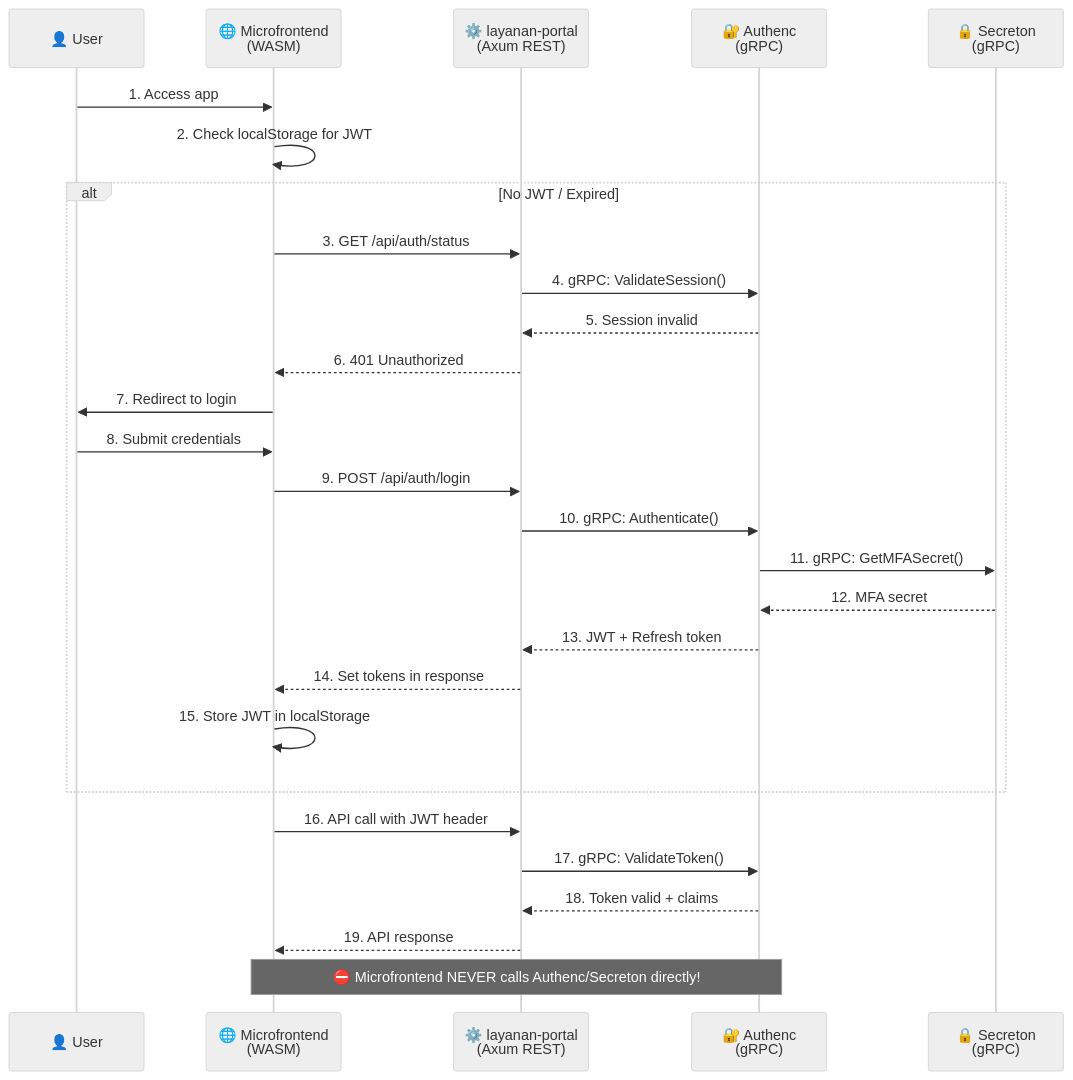
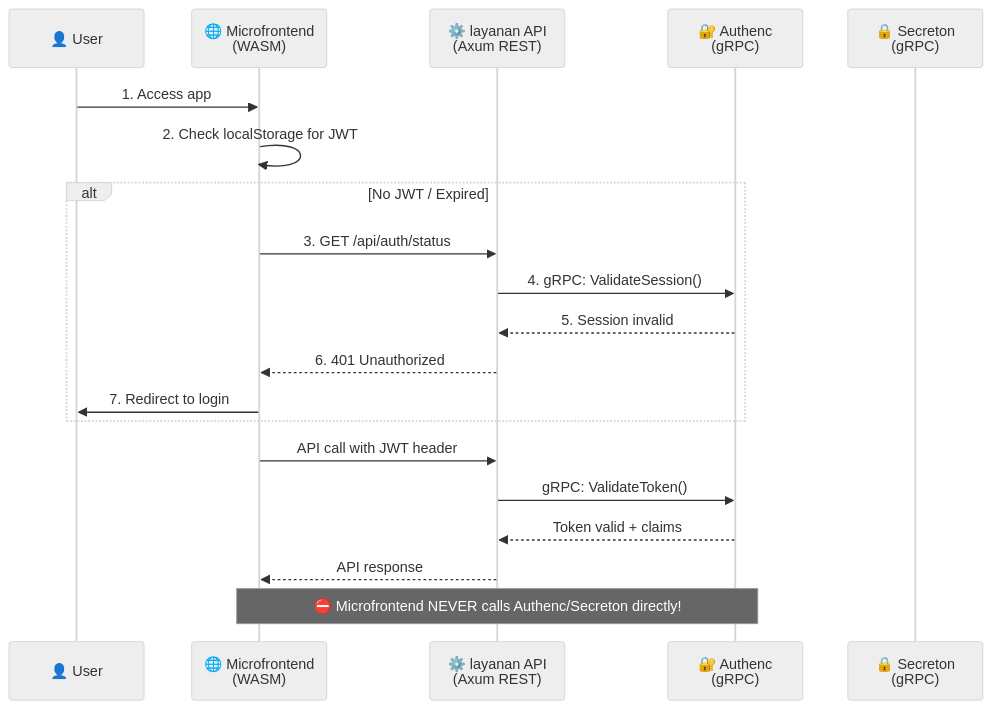
Before and after one commit to analisaperlengkapan/simpel2: the third of 3 diagrams in AGENTS.md, drawn with Mermaid (neutral theme). The commit also changed other lines of this file and 390 other files, not shown here.

````diff
--- a/AGENTS.md
+++ b/AGENTS.md
@@ -469,35 +347,26 @@
 ```mermaid
 sequenceDiagram
     participant User as 👤 User
     participant MF as 🌐 Microfrontend<br/>(WASM)
-    participant Portal as ⚙️ layanan-portal<br/>(Axum REST)
+    participant API as ⚙️ layanan API<br/>(Axum REST)
     participant Auth as 🔐 Authenc<br/>(gRPC)
     participant Sec as 🔒 Secreton<br/>(gRPC)
 
     User->>MF: 1. Access app
     MF->>MF: 2. Check localStorage for JWT
 
     alt No JWT / Expired
-        MF->>Portal: 3. GET /api/auth/status
-        Portal->>Auth: 4. gRPC: ValidateSession()
-        Auth-->>Portal: 5. Session invalid
-        Portal-->>MF: 6. 401 Unauthorized
+        MF->>API: 3. GET /api/auth/status
+        API->>Auth: 4. gRPC: ValidateSession()
+        Auth-->>API: 5. Session invalid
+        API-->>MF: 6. 401 Unauthorized
         MF->>User: 7. Redirect to login
-
-        User->>MF: 8. Submit credentials
-        MF->>Portal: 9. POST /api/auth/login
-        Portal->>Auth: 10. gRPC: Authenticate()
-        Auth->>Sec: 11. gRPC: GetMFASecret()
-        Sec-->>Auth: 12. MFA secret
-        Auth-->>Portal: 13. JWT + Refresh token
-        Portal-->>MF: 14. Set tokens in response
-        MF->>MF: 15. Store JWT in localStorage
     end
 
-    MF->>Portal: 16. API call with JWT header
-    Portal->>Auth: 17. gRPC: ValidateToken()
-    Auth-->>Portal: 18. Token valid + claims
-    Portal-->>MF: 19. API response
+    MF->>API: API call with JWT header
+    API->>Auth: gRPC: ValidateToken()
+    Auth-->>API: Token valid + claims
+    API-->>MF: API response
 
     Note over MF,Auth: ⛔ Microfrontend NEVER calls Authenc/Secreton directly!
 ```
````
